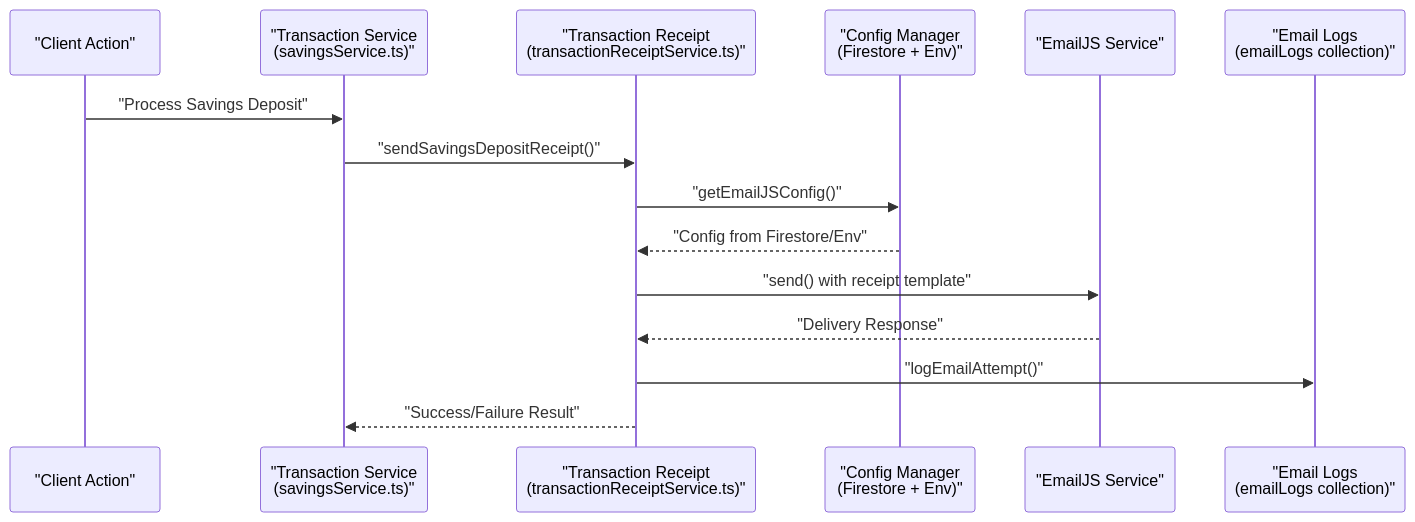
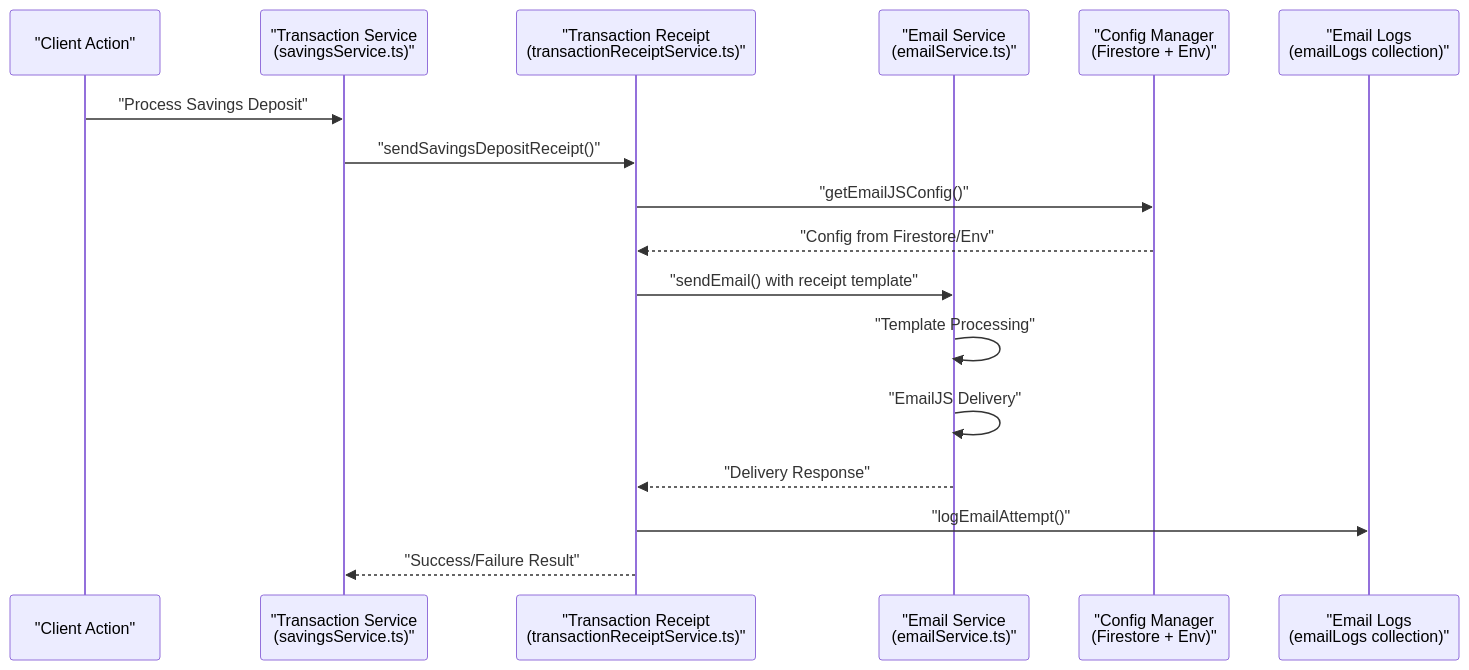
One commit to Unsure-bry/sampacoop_system changed the second of 5 diagrams in .qoder/repowiki/en/content/Email & Notification System/Email & Notification System.md. Above: the diagram before and after it, drawn with Mermaid. The commit also changed other lines of this file and 24 other files, not shown here.

````diff
--- a/.qoder/repowiki/en/content/Email & Notification System/Email & Notification System.md
+++ b/.qoder/repowiki/en/content/Email & Notification System/Email & Notification System.md
@@ -136,17 +114,19 @@
 ```mermaid
 sequenceDiagram
 participant Client as "Client Action"
 participant TxSvc as "Transaction Service<br/>(savingsService.ts)"
 participant TxReceipt as "Transaction Receipt<br/>(transactionReceiptService.ts)"
+participant EmailSvc as "Email Service<br/>(emailService.ts)"
 participant Config as "Config Manager<br/>(Firestore + Env)"
-participant EmailJS as "EmailJS Service"
 participant Logs as "Email Logs<br/>(emailLogs collection)"
 Client->>TxSvc : "Process Savings Deposit"
 TxSvc->>TxReceipt : "sendSavingsDepositReceipt()"
 TxReceipt->>Config : "getEmailJSConfig()"
 Config-->>TxReceipt : "Config from Firestore/Env"
-TxReceipt->>EmailJS : "send() with receipt template"
-EmailJS-->>TxReceipt : "Delivery Response"
+TxReceipt->>EmailSvc : "sendEmail() with receipt template"
+EmailSvc->>EmailSvc : "Template Processing"
+EmailSvc->>EmailSvc : "EmailJS Delivery"
+EmailSvc-->>TxReceipt : "Delivery Response"
 TxReceipt->>Logs : "logEmailAttempt()"
 TxReceipt-->>TxSvc : "Success/Failure Result"
 ```
````
